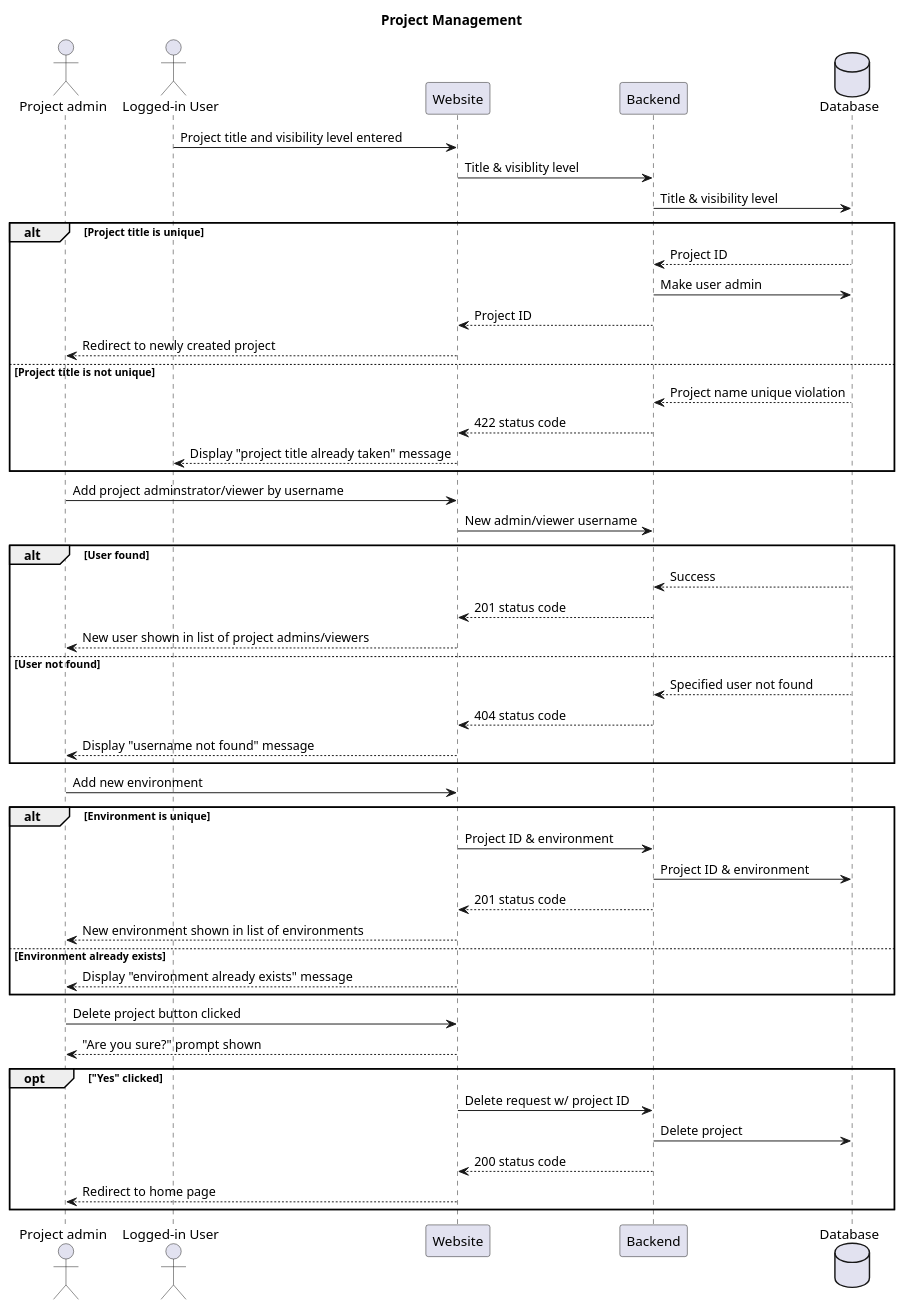
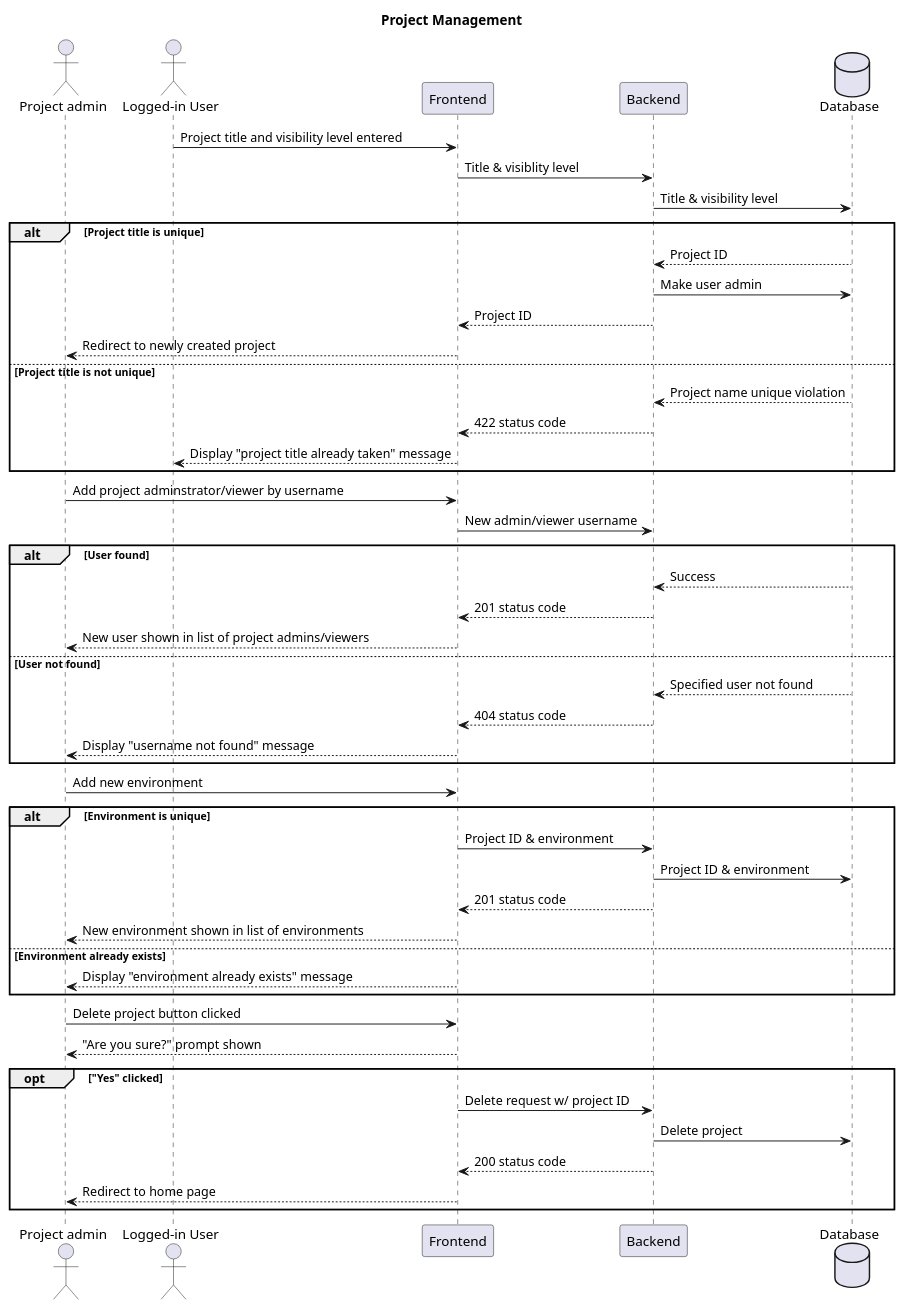
The diagram in docs/uml/sequence-diagrams/project-management.plantuml (mylesgordon/cURL-Share), drawn with PlantUML before and after one commit. The commit also changed 3 other files, not shown here.

Commit message:
Docs: replace Website with Frontend

```diff
--- a/docs/uml/sequence-diagrams/project-management.plantuml
+++ b/docs/uml/sequence-diagrams/project-management.plantuml
@@ -1,56 +1,56 @@
 @startuml
 title Project Management
 
 actor Admin as "Project admin"
 actor User as "Logged-in User"
-participant Website 
+participant Frontend 
 participant Backend
 database Database
 
-User -> Website: Project title and visibility level entered
-Website -> Backend: Title & visiblity level
+User -> Frontend: Project title and visibility level entered
+Frontend -> Backend: Title & visiblity level
 Backend -> Database: Title & visibility level
 alt Project title is unique
 Database --> Backend: Project ID
 Backend -> Database: Make user admin
-Backend --> Website: Project ID
-Website --> Admin: Redirect to newly created project
+Backend --> Frontend: Project ID
+Frontend --> Admin: Redirect to newly created project
 else Project title is not unique
 Database --> Backend: Project name unique violation
-Backend --> Website: 422 status code
-Website --> User: Display "project title already taken" message
+Backend --> Frontend: 422 status code
+Frontend --> User: Display "project title already taken" message
 end
 
-Admin -> Website: Add project adminstrator/viewer by username
-Website -> Backend: New admin/viewer username
+Admin -> Frontend: Add project adminstrator/viewer by username
+Frontend -> Backend: New admin/viewer username
 alt User found
     Database --> Backend: Success
-    Backend --> Website: 201 status code
-    Website --> Admin: New user shown in list of project admins/viewers
+    Backend --> Frontend: 201 status code
+    Frontend --> Admin: New user shown in list of project admins/viewers
 else User not found
     Database --> Backend: Specified user not found
-    Backend --> Website: 404 status code
-    Website --> Admin: Display "username not found" message
+    Backend --> Frontend: 404 status code
+    Frontend --> Admin: Display "username not found" message
 end
 
-Admin -> Website: Add new environment
+Admin -> Frontend: Add new environment
 alt Environment is unique
-    Website -> Backend: Project ID & environment
+    Frontend -> Backend: Project ID & environment
     Backend -> Database: Project ID & environment
-    Backend --> Website: 201 status code
-    Website --> Admin: New environment shown in list of environments
+    Backend --> Frontend: 201 status code
+    Frontend --> Admin: New environment shown in list of environments
 else Environment already exists
-    Website --> Admin: Display "environment already exists" message
+    Frontend --> Admin: Display "environment already exists" message
 end
 
 
-Admin -> Website: Delete project button clicked
-Website --> Admin: "Are you sure?" prompt shown
+Admin -> Frontend: Delete project button clicked
+Frontend --> Admin: "Are you sure?" prompt shown
 opt "Yes" clicked
-    Website -> Backend: Delete request w/ project ID
+    Frontend -> Backend: Delete request w/ project ID
     Backend -> Database: Delete project
-    Backend --> Website: 200 status code
-    Website --> Admin: Redirect to home page
+    Backend --> Frontend: 200 status code
+    Frontend --> Admin: Redirect to home page
 end
 
 @enduml
```
